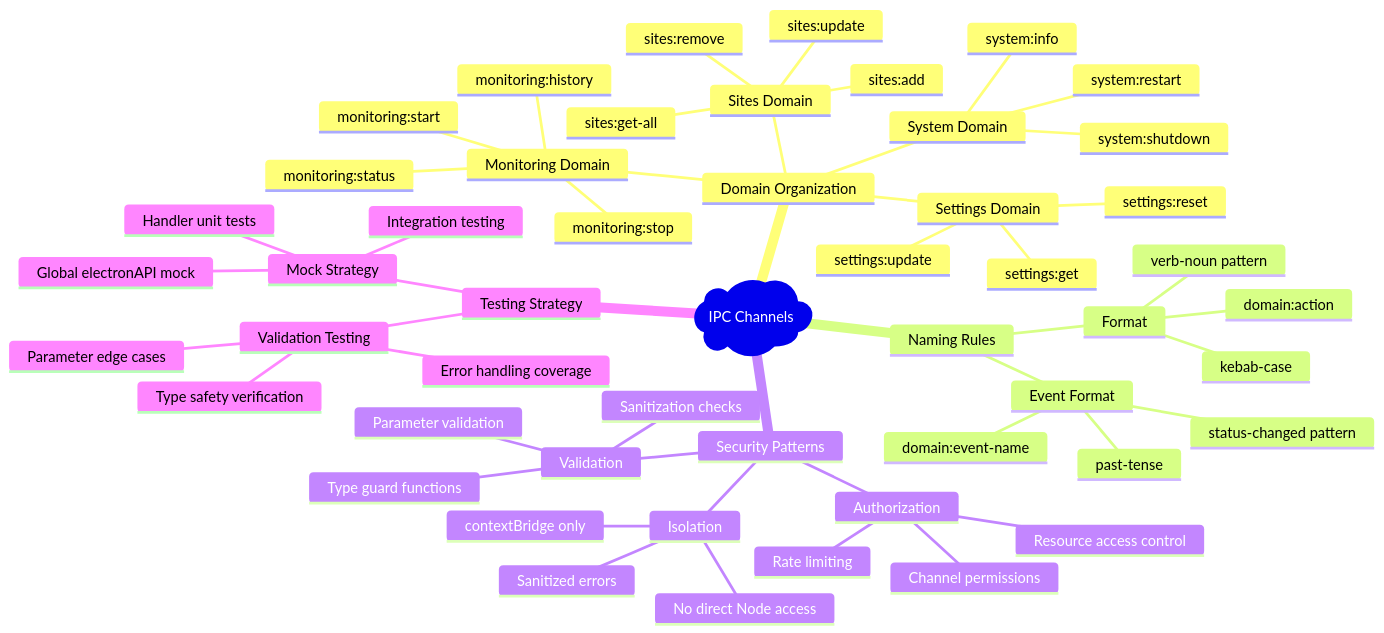
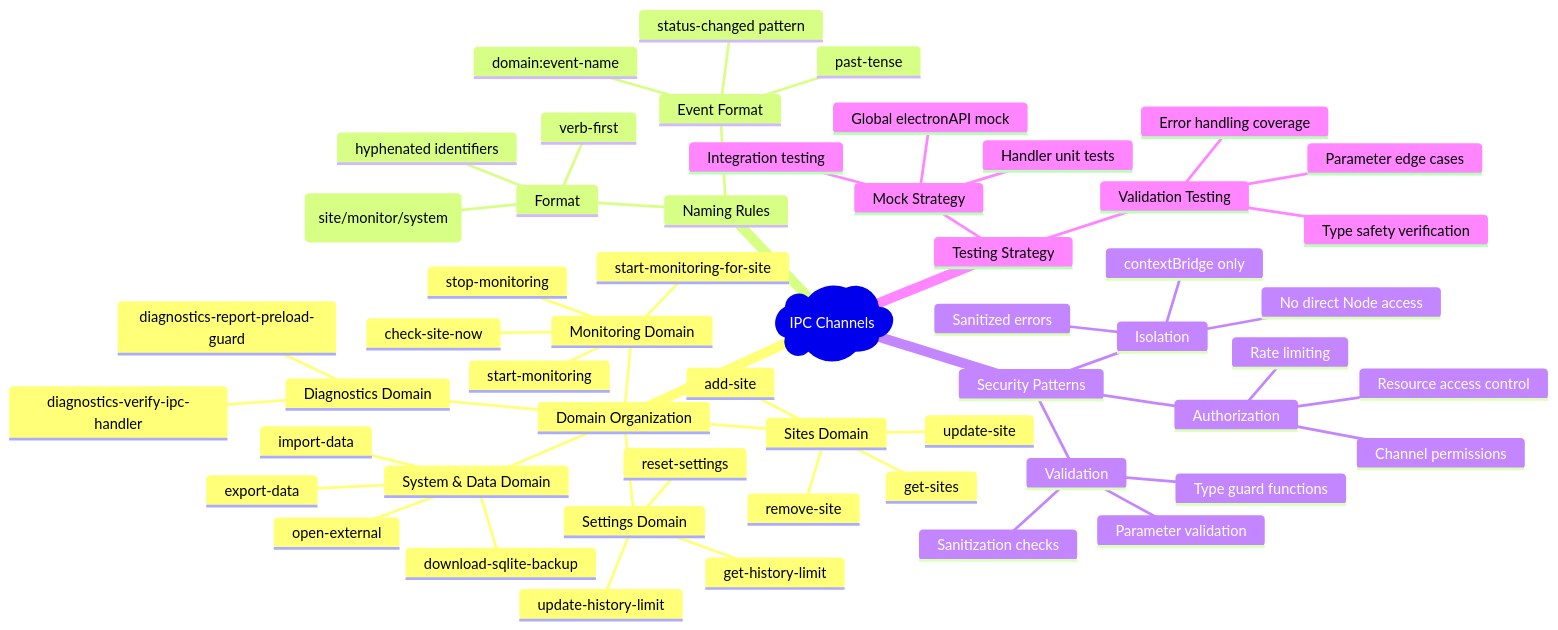
One commit to Nick2bad4u/Uptime-Watcher changed the fourth of 4 diagrams in docs/Architecture/ADRs/ADR_005_IPC_COMMUNICATION_PROTOCOL.md. Above: the diagram before and after it, drawn with Mermaid. The commit also changed other lines of this file and 53 other files, not shown here.

````diff
--- a/docs/Architecture/ADRs/ADR_005_IPC_COMMUNICATION_PROTOCOL.md
+++ b/docs/Architecture/ADRs/ADR_005_IPC_COMMUNICATION_PROTOCOL.md
@@ -425,57 +443,61 @@
 ```mermaid
 mindmap
     root)IPC Channels(
         Domain Organization
             Sites Domain
-                sites:add
-                sites:remove
-                sites:get-all
-                sites:update
+                add-site
+                get-sites
+                remove-site
+                update-site
             Monitoring Domain
-                monitoring:start
-                monitoring:stop
-                monitoring:status
-                monitoring:history
+                start-monitoring
+                stop-monitoring
+                start-monitoring-for-site
+                check-site-now
             Settings Domain
-                settings:get
-                settings:update
-                settings:reset
-            System Domain
-                system:info
-                system:shutdown
-                system:restart
+                get-history-limit
+                update-history-limit
+                reset-settings
+            System & Data Domain
+                download-sqlite-backup
+                export-data
+                import-data
+                open-external
+            Diagnostics Domain
+                diagnostics-verify-ipc-handler
+                diagnostics-report-preload-guard
 
         Naming Rules
             Format
-                domain:action
-                kebab-case
-                verb-noun pattern
+                verb-first
+                hyphenated identifiers
+                resource suffix (site/monitor/system)
             Event Format
                 past-tense
                 domain:event-name
                 status-changed pattern
 
         Security Patterns
             Validation
                 Parameter validation
                 Type guard functions
                 Sanitization checks
             Authorization
                 Channel permissions
                 Resource access control
                 Rate limiting
             Isolation
                 contextBridge only
                 No direct Node access
                 Sanitized errors
 
         Testing Strategy
             Mock Strategy
                 Global electronAPI mock
                 Handler unit tests
                 Integration testing
             Validation Testing
                 Parameter edge cases
                 Type safety verification
                 Error handling coverage
 ```
````
